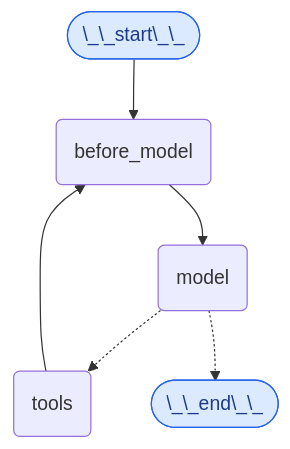
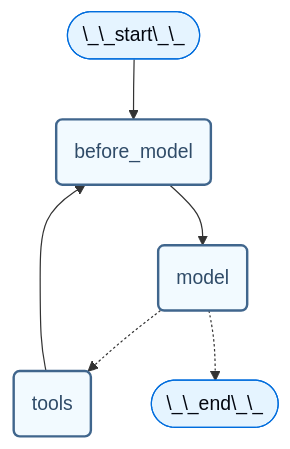
The first of 2 diagrams in build/oss/javascript/langchain/short-term-memory.mdx (fede-kamel/docs-1), drawn with Mermaid before and after one commit. The commit also changed other lines of this file and 3929 other files, not shown here.

````diff
--- a/build/oss/javascript/langchain/short-term-memory.mdx
+++ b/build/oss/javascript/langchain/short-term-memory.mdx
@@ -544,25 +548,26 @@
 ```mermaid
 %%{
     init: {
         "fontFamily": "monospace",
         "flowchart": {
         "curve": "basis"
-        },
-        "themeVariables": {"edgeLabelBackground": "transparent"}
+        }
     }
 }%%
 graph TD
     S(["\_\_start\_\_"])
     PRE(before_model)
     MODEL(model)
     TOOLS(tools)
     END(["\_\_end\_\_"])
     S --> PRE
     PRE --> MODEL
     MODEL -.-> TOOLS
     MODEL -.-> END
     TOOLS --> PRE
-    classDef blueHighlight fill:#DBEAFE,stroke:#2563EB,color:#1E3A8A;
+    classDef blueHighlight fill:#E5F4FF,stroke:#006DDD,color:#030710;
+    classDef neutral fill:#F2FAFF,stroke:#40668D,stroke-width:2px,color:#2F4B68;
     class S blueHighlight;
     class END blueHighlight;
+    class PRE,MODEL,TOOLS neutral;
 ```
````
